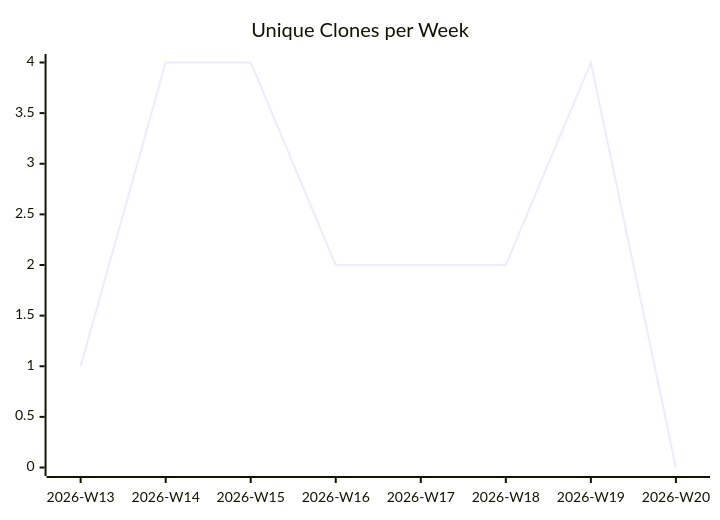
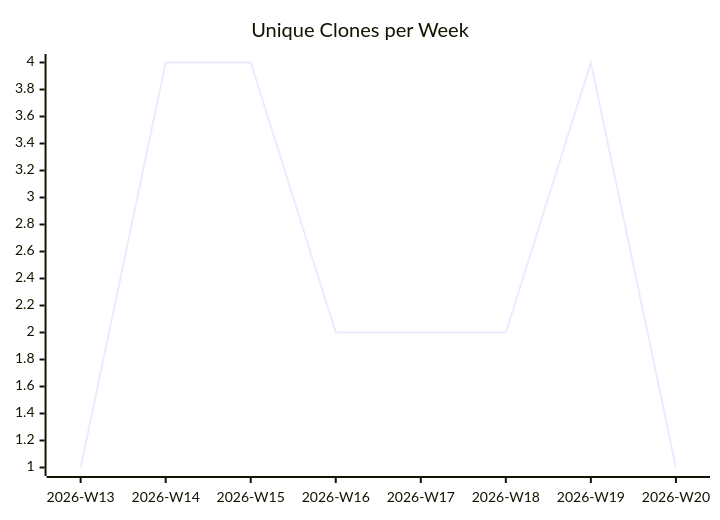
One commit to justdavis-family/github-analytics-data changed the third of 3 diagrams in karlmdavis/justdavis-puppet/README.md. Above: the diagram before and after it, drawn with Mermaid. The commit also changed other lines of this file and 190 other files, not shown here.

````diff
--- a/karlmdavis/justdavis-puppet/README.md
+++ b/karlmdavis/justdavis-puppet/README.md
@@ -19,6 +19,6 @@
 ```mermaid
 xychart-beta
   title "Unique Clones per Week"
   x-axis ["2026-W13", "2026-W14", "2026-W15", "2026-W16", "2026-W17", "2026-W18", "2026-W19", "2026-W20"]
-  line [1, 4, 4, 2, 2, 2, 4, 0]
+  line [1, 4, 4, 2, 2, 2, 4, 1]
 ```
````
